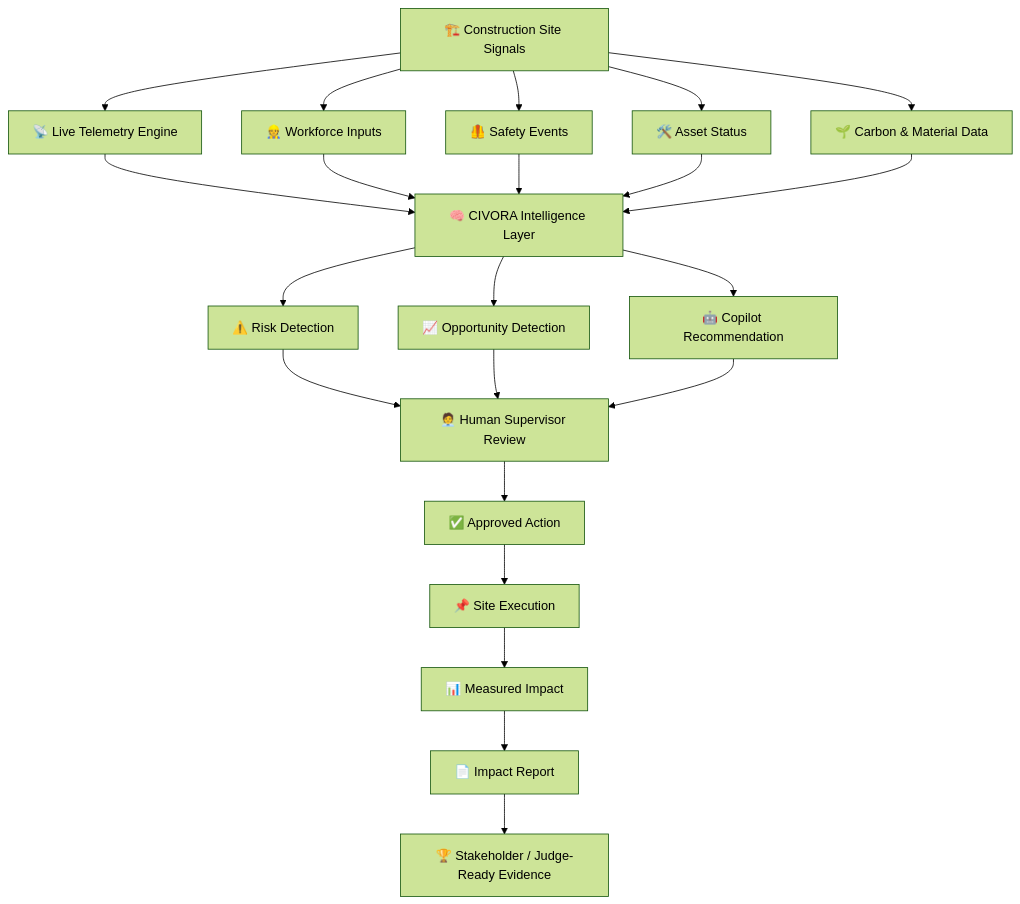
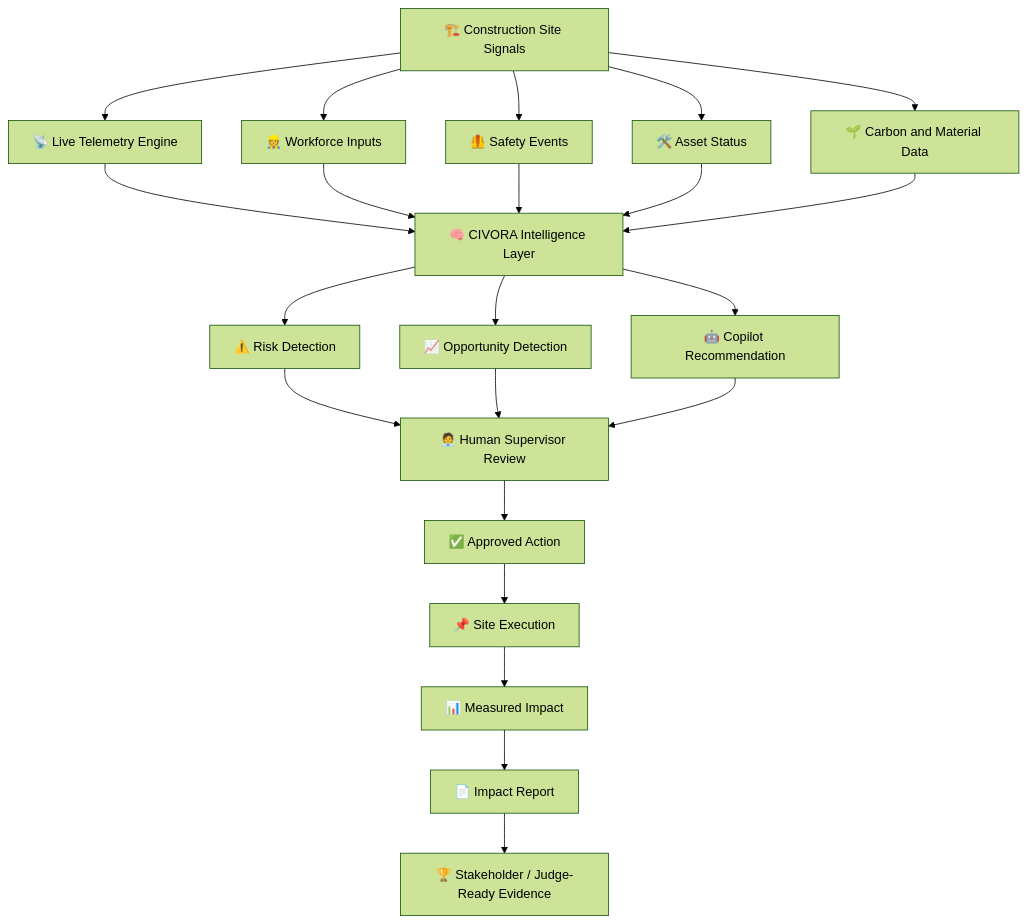
Before and after one commit to sleader3221-dot/CIVORA: the first of 3 diagrams in README.md, drawn with Mermaid (forest theme). The commit also changed other lines of this file, not shown here.

````diff
--- a/README.md
+++ b/README.md
@@ -107,29 +107,29 @@
 ```mermaid
 flowchart TD
     A[🏗️ Construction Site Signals] --> B[📡 Live Telemetry Engine]
     A --> C[👷 Workforce Inputs]
     A --> D[🦺 Safety Events]
     A --> E[🛠️ Asset Status]
-    A --> F[🌱 Carbon & Material Data]
+    A --> F[🌱 Carbon and Material Data]
 
     B --> G[🧠 CIVORA Intelligence Layer]
     C --> G
     D --> G
     E --> G
     F --> G
 
     G --> H[⚠️ Risk Detection]
     G --> I[📈 Opportunity Detection]
     G --> J[🤖 Copilot Recommendation]
 
     H --> K[🧑‍💼 Human Supervisor Review]
     I --> K
     J --> K
 
     K --> L[✅ Approved Action]
     L --> M[📌 Site Execution]
     M --> N[📊 Measured Impact]
     N --> O[📄 Impact Report]
 
     O --> P[🏆 Stakeholder / Judge-Ready Evidence]
 ```
````
